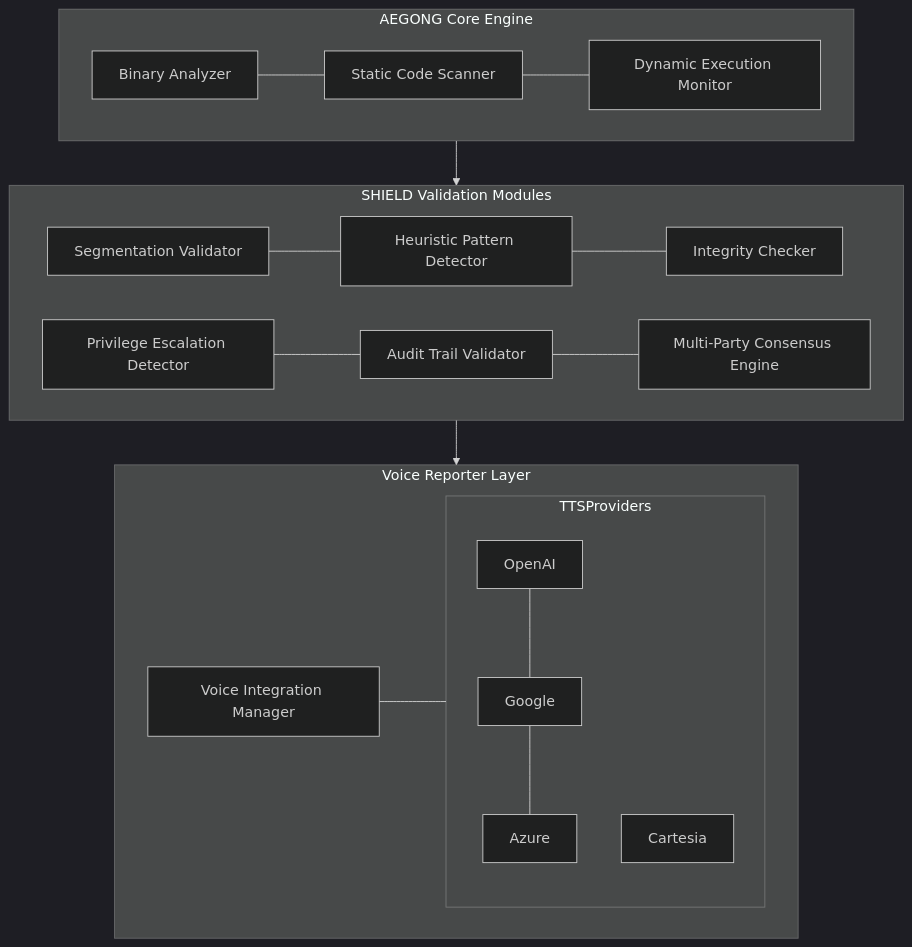
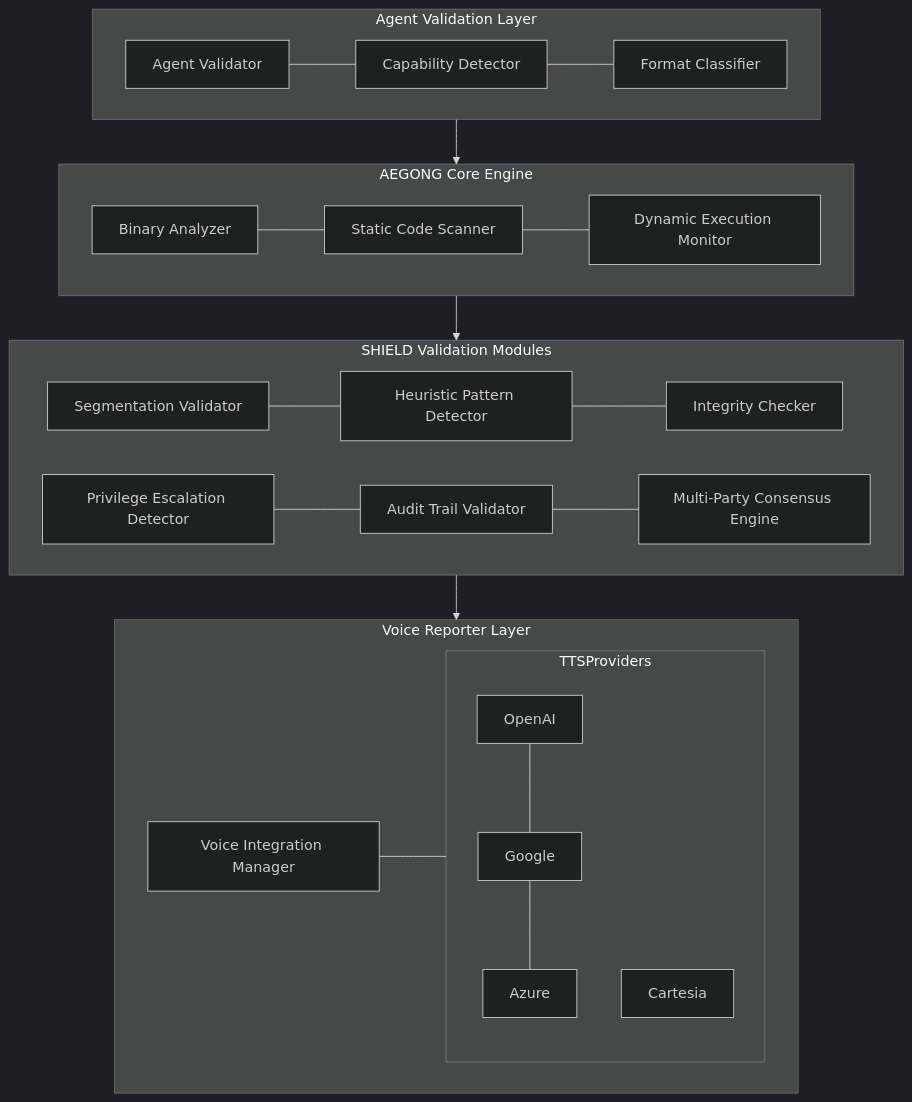
The diagram in README.md (guiperry/agent-auditor), drawn with Mermaid (dark theme) before and after one commit. The commit also changed other lines of this file and 42 other files, not shown here.

````diff
--- a/README.md
+++ b/README.md
@@ -16,23 +16,28 @@
 ```mermaid
 flowchart TB
+    subgraph ValidationLayer["Agent Validation Layer"]
+        AV["Agent Validator"] --- CD["Capability Detector"] --- FC["Format Classifier"]
+    end
+    
     subgraph CoreEngine["AEGONG Core Engine"]
         BA["Binary Analyzer"] --- SCS["Static Code Scanner"] --- DEM["Dynamic Execution Monitor"]
     end
 
     subgraph ShieldModules["SHIELD Validation Modules"]
         SV["Segmentation Validator"] --- HPD["Heuristic Pattern Detector"] --- IC["Integrity Checker"]
         PED["Privilege Escalation Detector"] --- ATV["Audit Trail Validator"] --- MPCE["Multi-Party Consensus Engine"]
     end
 
     subgraph VoiceLayer["Voice Reporter Layer"]
         VIM["Voice Integration Manager"] --- TTSProviders["TTS Providers"]
         
         subgraph TTSProviders
             OpenAI --- Google --- Azure
             Cartesia
         end
     end
 
+    ValidationLayer --> CoreEngine
     CoreEngine --> ShieldModules
     ShieldModules --> VoiceLayer
 ```
````
